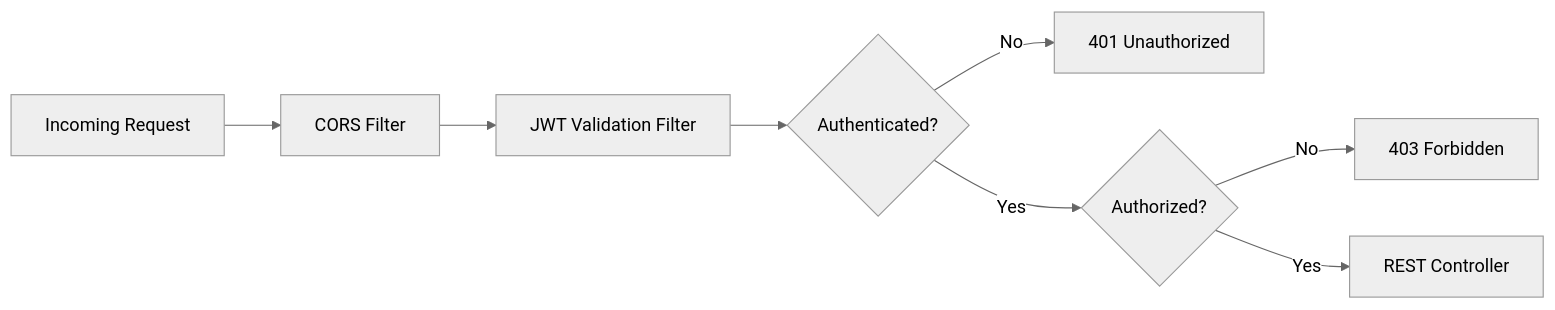
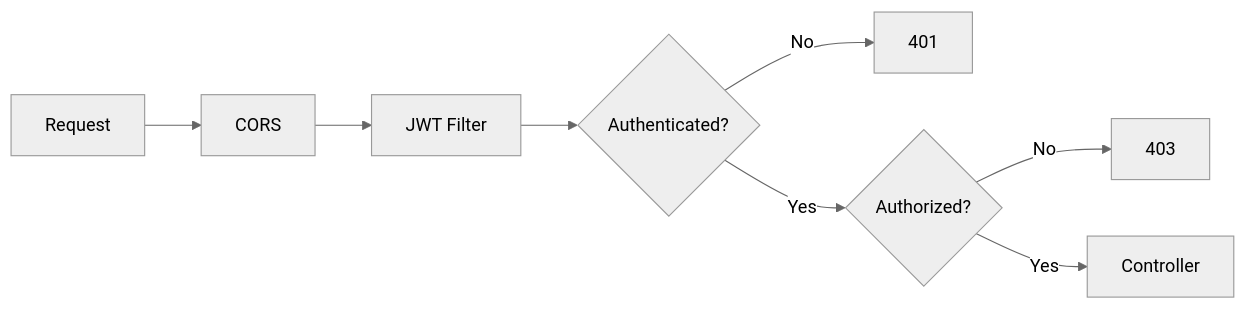
The third of 4 diagrams in docs/security.md (kirtika-0102/StockSmart), drawn with Mermaid (neutral theme) before and after one commit. The commit also changed other lines of this file and 74 other files, not shown here.

Commit message:
architecture of application

````diff
--- a/docs/security.md
+++ b/docs/security.md
@@ -167,10 +87,10 @@
 ```mermaid
 flowchart LR
-    Request[Incoming Request] --> CORS[CORS Filter]
-    CORS --> JWT[JWT Validation Filter]
+    Request --> CORS
+    CORS --> JWT[JWT Filter]
     JWT --> Auth{Authenticated?}
-    Auth -->|No| Reject[401 Unauthorized]
+    Auth -->|No| E401[401]
     Auth -->|Yes| Authz{Authorized?}
-    Authz -->|No| Forbidden[403 Forbidden]
-    Authz -->|Yes| Controller[REST Controller]
+    Authz -->|No| E403[403]
+    Authz -->|Yes| Controller
 ```
````
